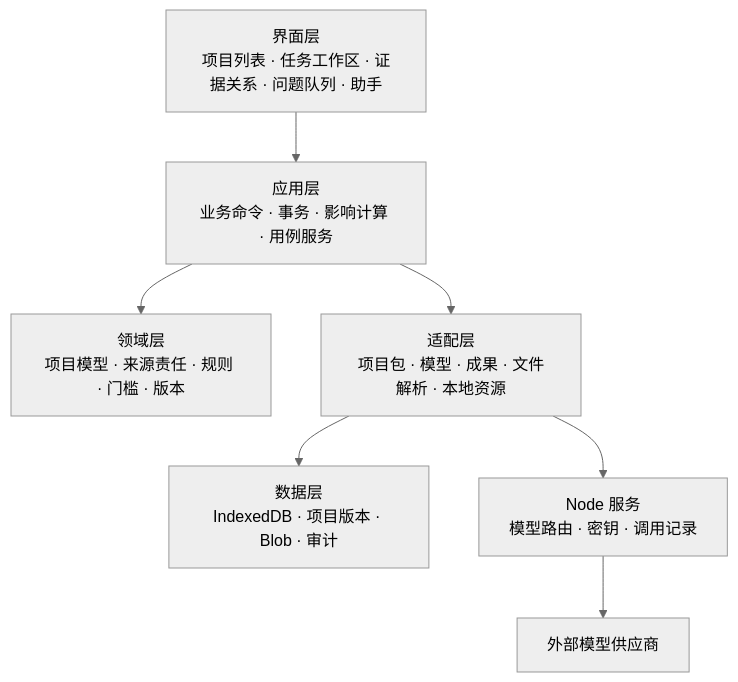
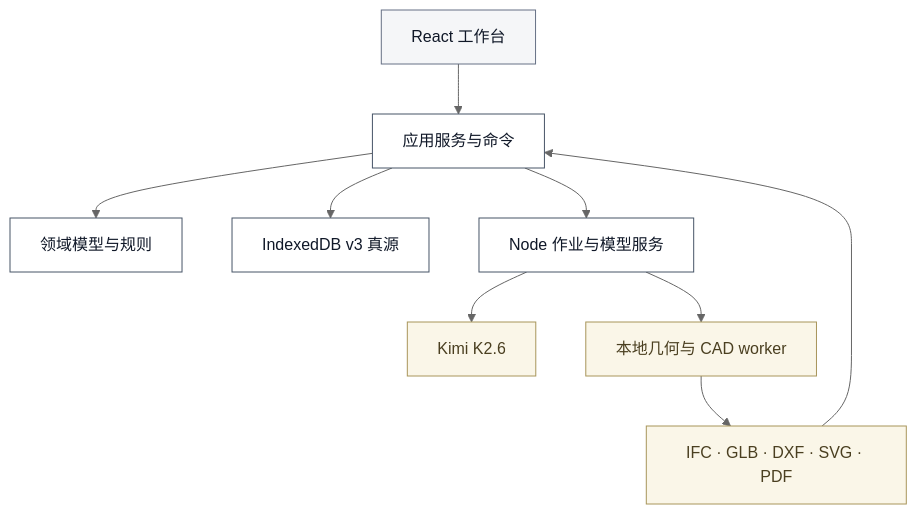
Before and after one commit to jiajiajiang91-design/gujian-conservation-workbench: the first of 2 diagrams in 13-9_技术架构_古建保护成果工作台.md, drawn with Mermaid (neutral theme). The commit also changed other lines of this file and 1 other file, not shown here.

Commit message:
docs(architecture): define v3 professional workbench

````diff
--- a/13-9_技术架构_古建保护成果工作台.md
+++ b/13-9_技术架构_古建保护成果工作台.md
@@ -106,16 +81,18 @@
 ```mermaid
 flowchart TB
-    UI["界面层\n项目列表 · 任务工作区 · 证据关系 · 问题队列 · 助手"]
-    APP["应用层\n业务命令 · 事务 · 影响计算 · 用例服务"]
-    DOMAIN["领域层\n项目模型 · 来源责任 · 规则 · 门槛 · 版本"]
-    ADAPTER["适配层\n项目包 · 模型 · 成果 · 文件解析 · 本地资源"]
-    DATA["数据层\nIndexedDB · 项目版本 · Blob · 审计"]
-    NODE["Node 服务\n模型路由 · 密钥 · 调用记录"]
+    UI["React 工作台"] --> APP["应用服务与命令"]
+    APP --> DOMAIN["领域模型与规则"]
+    APP --> DB["IndexedDB v3 真源"]
+    APP --> NODE["Node 作业与模型服务"]
+    NODE --> KIMI["Kimi K2.6"]
+    NODE --> CAD["本地几何与 CAD worker"]
+    CAD --> OUTPUT["IFC · GLB · DXF · SVG · PDF"]
+    OUTPUT --> APP
 
-    UI --> APP
-    APP --> DOMAIN
-    APP --> ADAPTER
-    ADAPTER --> DATA
-    ADAPTER --> NODE
-    NODE --> MODEL["外部模型供应商"]
+    classDef ui fill:#F5F6F8,stroke:#667085,color:#101828
+    classDef core fill:#FFFFFF,stroke:#475467,color:#101828
+    classDef external fill:#FAF6E8,stroke:#A8955A,color:#4A3F20
+    class UI ui
+    class APP,DOMAIN,DB,NODE core
+    class KIMI,CAD,OUTPUT external
 ```
````
